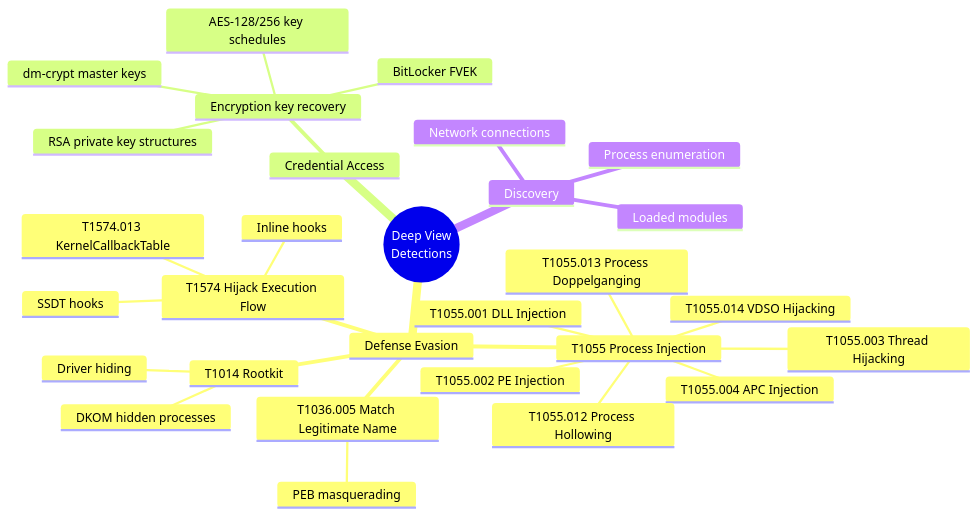
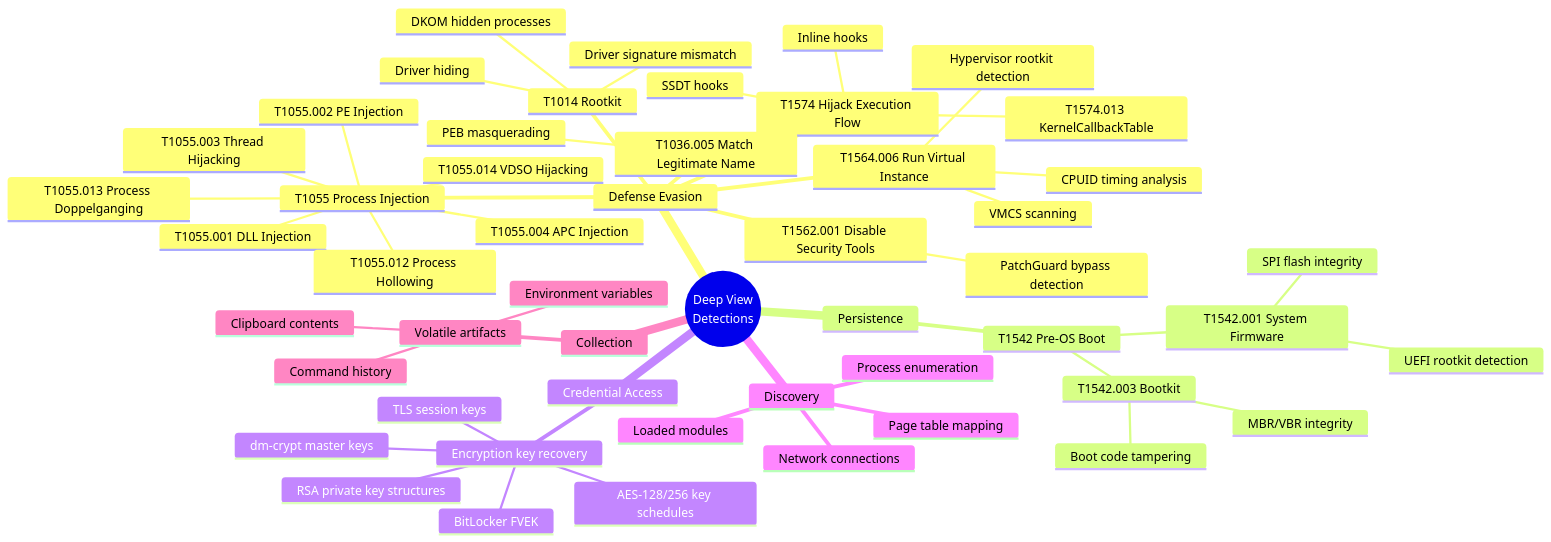
Before and after one commit to sonoransun/deepview: diagram 11 of 11 in README.md, drawn with Mermaid. The commit also changed other lines of this file and 23 other files, not shown here.

````diff
--- a/README.md
+++ b/README.md
@@ -624,32 +836,54 @@
 ```mermaid
 mindmap
   root((Deep View<br/>Detections))
     Defense Evasion
       T1014 Rootkit
         DKOM hidden processes
         Driver hiding
+        Driver signature mismatch
       T1055 Process Injection
         T1055.001 DLL Injection
         T1055.002 PE Injection
         T1055.003 Thread Hijacking
         T1055.004 APC Injection
         T1055.012 Process Hollowing
         T1055.013 Process Doppelganging
         T1055.014 VDSO Hijacking
       T1574 Hijack Execution Flow
         T1574.013 KernelCallbackTable
         SSDT hooks
         Inline hooks
       T1036.005 Match Legitimate Name
         PEB masquerading
+      T1562.001 Disable Security Tools
+        PatchGuard bypass detection
+      T1564.006 Run Virtual Instance
+        Hypervisor rootkit detection
+        VMCS scanning
+        CPUID timing analysis
+    Persistence
+      T1542 Pre-OS Boot
+        T1542.001 System Firmware
+          UEFI rootkit detection
+          SPI flash integrity
+        T1542.003 Bootkit
+          MBR/VBR integrity
+          Boot code tampering
     Credential Access
       Encryption key recovery
         AES-128/256 key schedules
         RSA private key structures
         BitLocker FVEK
         dm-crypt master keys
+        TLS session keys
     Discovery
       Process enumeration
       Network connections
       Loaded modules
+      Page table mapping
+    Collection
+      Volatile artifacts
+        Command history
+        Clipboard contents
+        Environment variables
 ```
````
